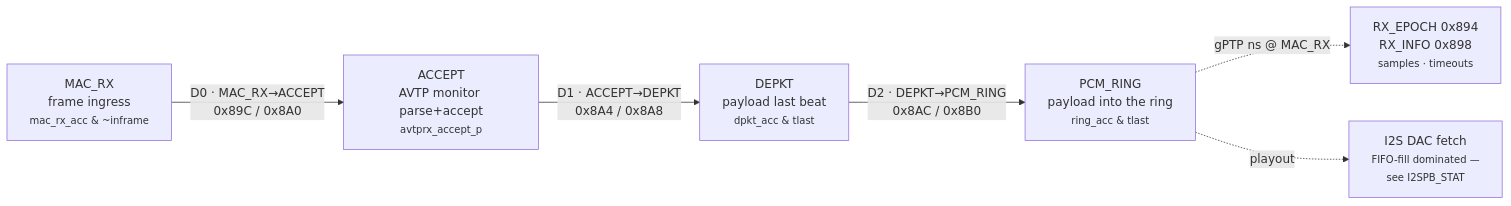
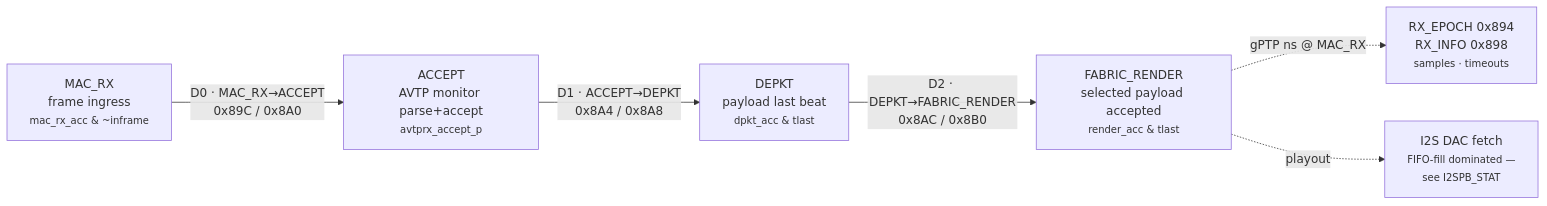
One commit to kebag-logic/milan-fpga changed the second of 2 diagrams in docs/AAF_LATENCY_TAPS.md. Above: the diagram before and after it, drawn with Mermaid. The commit also changed other lines of this file and 377 other files, not shown here.

Commit message:
Finish bare-metal product and fabric gPTP ownership

````diff
--- a/docs/AAF_LATENCY_TAPS.md
+++ b/docs/AAF_LATENCY_TAPS.md
@@ -58,9 +58,9 @@
 ```mermaid
 flowchart LR
     MRX["MAC_RX<br/>frame ingress<br/><small>mac_rx_acc &amp; ~inframe</small>"]
       -->|"D0 · MAC_RX→ACCEPT<br/>0x89C / 0x8A0"| ACC["ACCEPT<br/>AVTP monitor parse+accept<br/><small>avtprx_accept_p</small>"]
     ACC -->|"D1 · ACCEPT→DEPKT<br/>0x8A4 / 0x8A8"| DPK["DEPKT<br/>payload last beat<br/><small>dpkt_acc &amp; tlast</small>"]
-    DPK -->|"D2 · DEPKT→PCM_RING<br/>0x8AC / 0x8B0"| RNG["PCM_RING<br/>payload into the ring<br/><small>ring_acc &amp; tlast</small>"]
-    RNG -.->|"gPTP ns @ MAC_RX"| EP["RX_EPOCH 0x894<br/>RX_INFO 0x898<br/><small>samples · timeouts</small>"]
-    RNG -.->|"playout"| I2S["I2S DAC fetch<br/><small>FIFO-fill dominated —<br/>see I2SPB_STAT</small>"]
+    DPK -->|"D2 · DEPKT→FABRIC_RENDER<br/>0x8AC / 0x8B0"| RND["FABRIC_RENDER<br/>selected payload accepted<br/><small>render_acc &amp; tlast</small>"]
+    RND -.->|"gPTP ns @ MAC_RX"| EP["RX_EPOCH 0x894<br/>RX_INFO 0x898<br/><small>samples · timeouts</small>"]
+    RND -.->|"playout"| I2S["I2S DAC fetch<br/><small>FIFO-fill dominated —<br/>see I2SPB_STAT</small>"]
 ```
````
